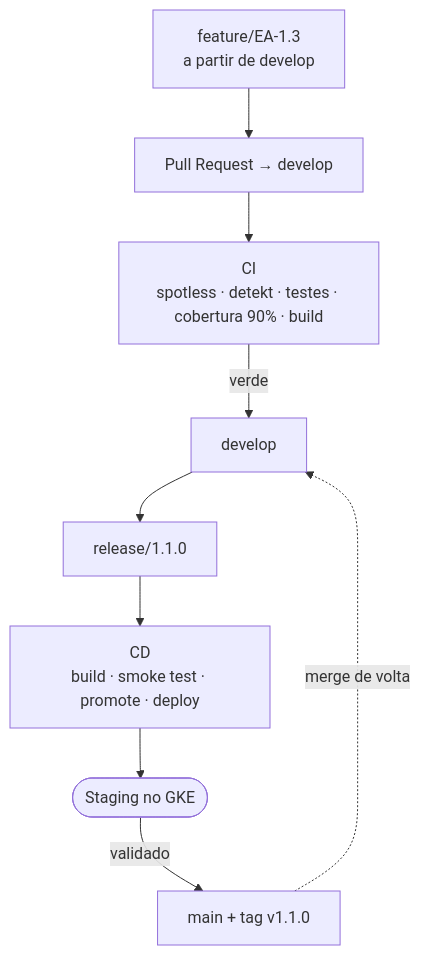
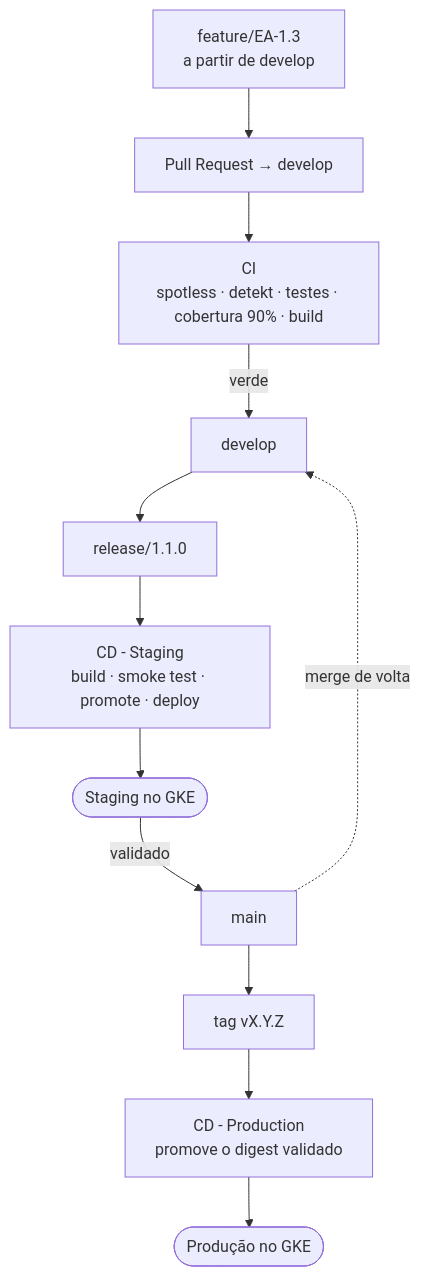
One commit to iuriian/tech-challenge-app changed the diagram in docs/README.md. Above: the diagram before and after it, drawn with Mermaid. The commit also changed other lines of this file and 4 other files, not shown here.

````diff
--- a/docs/README.md
+++ b/docs/README.md
@@ -46,17 +46,20 @@
 ```mermaid
 flowchart TD
     F["feature/EA-1.3<br/>a partir de develop"]
     PR["Pull Request → develop"]
     CI["CI<br/>spotless · detekt · testes · cobertura 90% · build"]
     DEV["develop"]
     REL["release/1.1.0"]
-    CD["CD<br/>build · smoke test · promote · deploy"]
+    CD["CD - Staging<br/>build · smoke test · promote · deploy"]
     STG(["Staging no GKE"])
-    MAIN["main + tag v1.1.0"]
+    MAIN["main"]
 
     F --> PR --> CI
     CI -->|verde| DEV
     DEV --> REL --> CD --> STG
     STG -->|validado| MAIN
+    MAIN --> TAG["tag vX.Y.Z"]
+    TAG --> CDP["CD - Production<br/>promove o digest validado"]
+    CDP --> PRD(["Produção no GKE"])
     MAIN -.->|merge de volta| DEV
 ```
````
